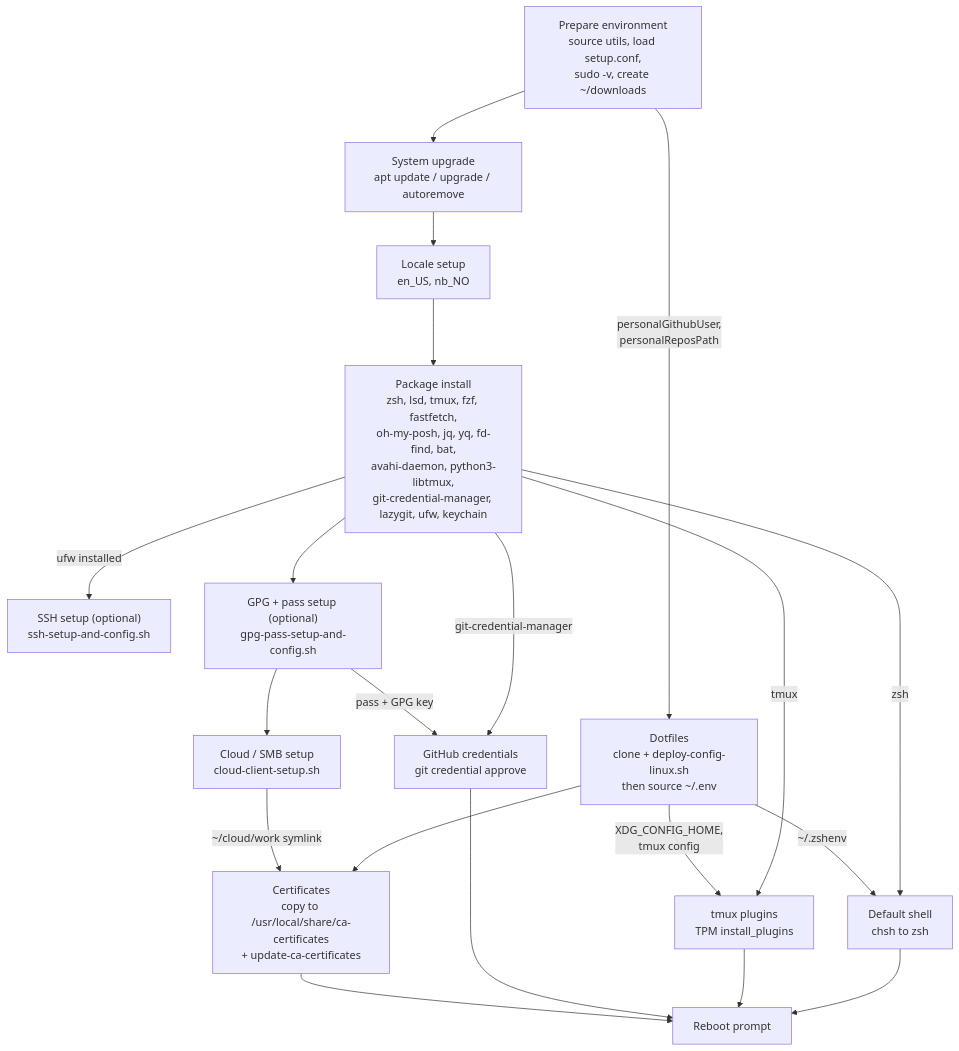
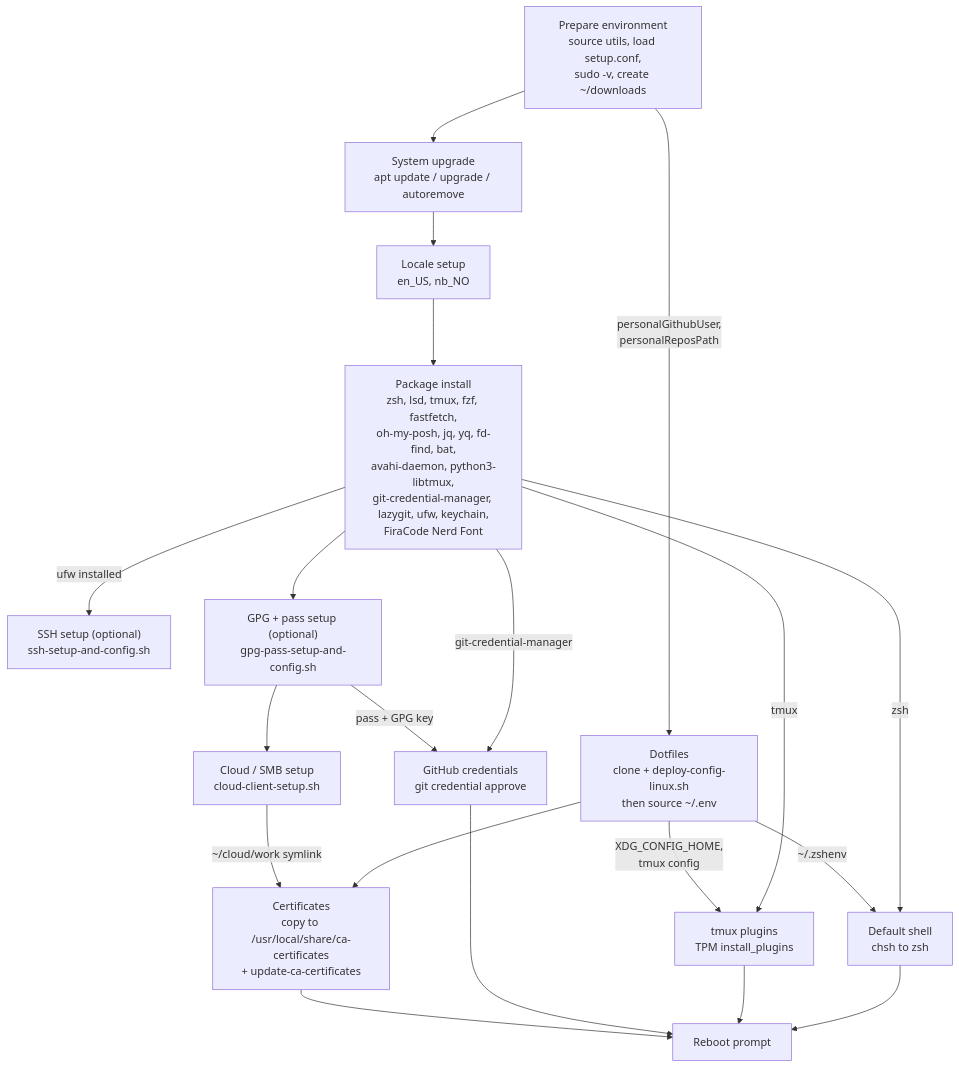
The second of 4 diagrams in DEPENDENCIES.md (norsemangrey/linux-setup-deployer), drawn with Mermaid before and after one commit. The commit also changed other lines of this file and 2 other files, not shown here.

Commit message:
Add FiraCode Nerd Font installation and configuration to setup script

````diff
--- a/DEPENDENCIES.md
+++ b/DEPENDENCIES.md
@@ -57,34 +57,34 @@
 ```mermaid
 flowchart TD
     A["Prepare environment<br/>source utils, load setup.conf,<br/>sudo -v, create ~/downloads"]
     B["System upgrade<br/>apt update / upgrade / autoremove"]
     C["Locale setup<br/>en_US, nb_NO"]
-    D["Package install<br/>zsh, lsd, tmux, fzf, fastfetch,<br/>oh-my-posh, jq, yq, fd-find, bat,<br/>avahi-daemon, python3-libtmux,<br/>git-credential-manager, lazygit, ufw, keychain"]
+    D["Package install<br/>zsh, lsd, tmux, fzf, fastfetch,<br/>oh-my-posh, jq, yq, fd-find, bat,<br/>avahi-daemon, python3-libtmux,<br/>git-credential-manager, lazygit, ufw, keychain,<br/>FiraCode Nerd Font"]
     E["SSH setup (optional)<br/>ssh-setup-and-config.sh"]
     E2["GPG + pass setup (optional)<br/>gpg-pass-setup-and-config.sh"]
     F["Cloud / SMB setup<br/>cloud-client-setup.sh"]
     G["Dotfiles<br/>clone + deploy-config-linux.sh<br/>then source ~/.env"]
     H["Certificates<br/>copy to /usr/local/share/ca-certificates<br/>+ update-ca-certificates"]
     I["GitHub credentials<br/>git credential approve"]
     J["tmux plugins<br/>TPM install_plugins"]
     K["Default shell<br/>chsh to zsh"]
     L["Reboot prompt"]
 
     A --> B --> C --> D
     D -->|ufw installed| E
     E2 --> F
     D --> E2
     E2 -->|pass + GPG key| I
     D -->|git-credential-manager| I
     F -->|~/cloud/work symlink| H
     A -->|personalGithubUser,<br/>personalReposPath| G
     G -->|XDG_CONFIG_HOME,<br/>tmux config| J
     D -->|tmux| J
     G -->|~/.zshenv| K
     D -->|zsh| K
     G --> H
     H --> L
     I --> L
     J --> L
     K --> L
 ```
````
